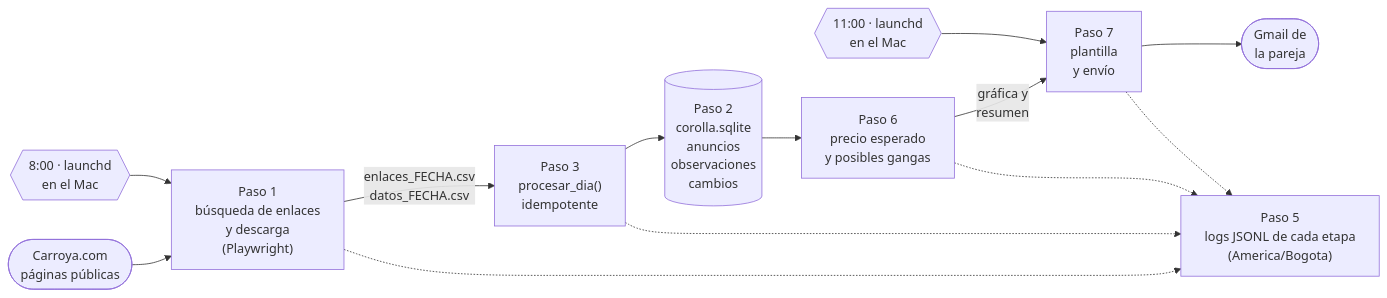
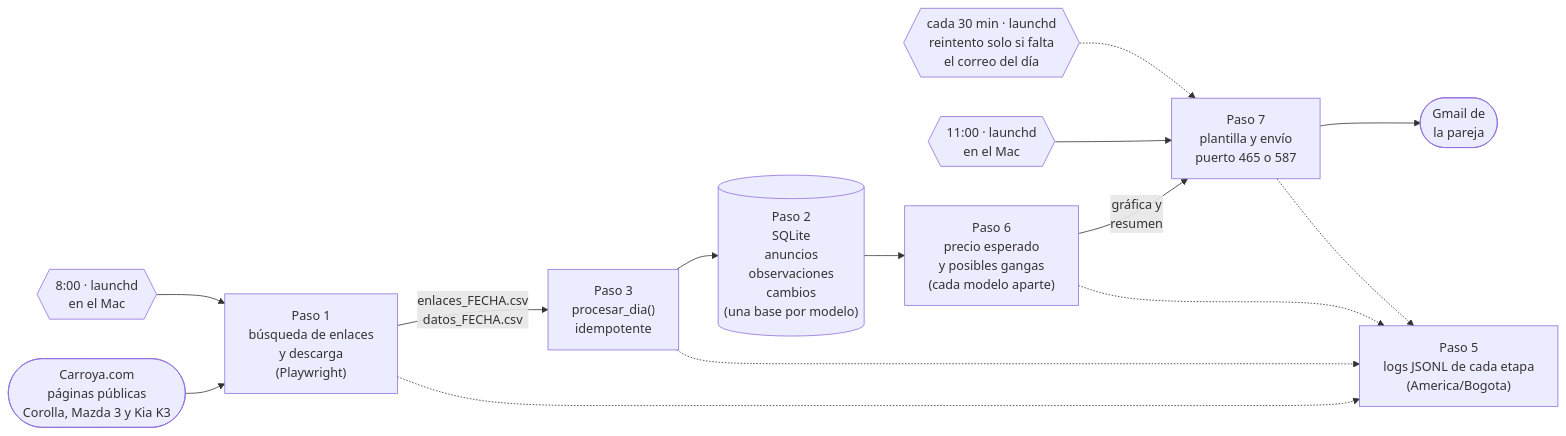
One commit to estebanjperdomo-cloud/taller2-corolla changed the diagram in docs/arquitectura.mmd. Above: the diagram before and after it, drawn with Mermaid. The commit also changed 10 other files, not shown here.

First line of the commit message:
Historia del proyecto, razones de cada decisión y versiones

```diff
--- a/docs/arquitectura.mmd
+++ b/docs/arquitectura.mmd
@@ -1,13 +1,14 @@
 flowchart LR
-    C(["Carroya.com<br/>páginas públicas"]) --> P1
+    C(["Carroya.com<br/>páginas públicas<br/>Corolla, Mazda 3 y Kia K3"]) --> P1
     T8{{"8:00 · launchd<br/>en el Mac"}} --> P1["Paso 1<br/>búsqueda de enlaces<br/>y descarga<br/>(Playwright)"]
     P1 -->|"enlaces_FECHA.csv<br/>datos_FECHA.csv"| P3["Paso 3<br/>procesar_dia()<br/>idempotente"]
-    P3 --> BD[("Paso 2<br/>corolla.sqlite<br/>anuncios<br/>observaciones<br/>cambios")]
-    BD --> P6["Paso 6<br/>precio esperado<br/>y posibles gangas"]
-    P6 -->|"gráfica y<br/>resumen"| P7["Paso 7<br/>plantilla<br/>y envío"]
+    P3 --> BD[("Paso 2<br/>SQLite<br/>anuncios<br/>observaciones<br/>cambios<br/>(una base por modelo)")]
+    BD --> P6["Paso 6<br/>precio esperado<br/>y posibles gangas<br/>(cada modelo aparte)"]
+    P6 -->|"gráfica y<br/>resumen"| P7["Paso 7<br/>plantilla y envío<br/>puerto 465 o 587"]
     T11{{"11:00 · launchd<br/>en el Mac"}} --> P7
+    TR{{"cada 30 min · launchd<br/>reintento solo si falta<br/>el correo del día"}} -.-> P7
     P7 --> G(["Gmail de<br/>la pareja"])
     P1 -.-> L["Paso 5<br/>logs JSONL de cada etapa<br/>(America/Bogota)"]
     P3 -.-> L
     P6 -.-> L
     P7 -.-> L
```
